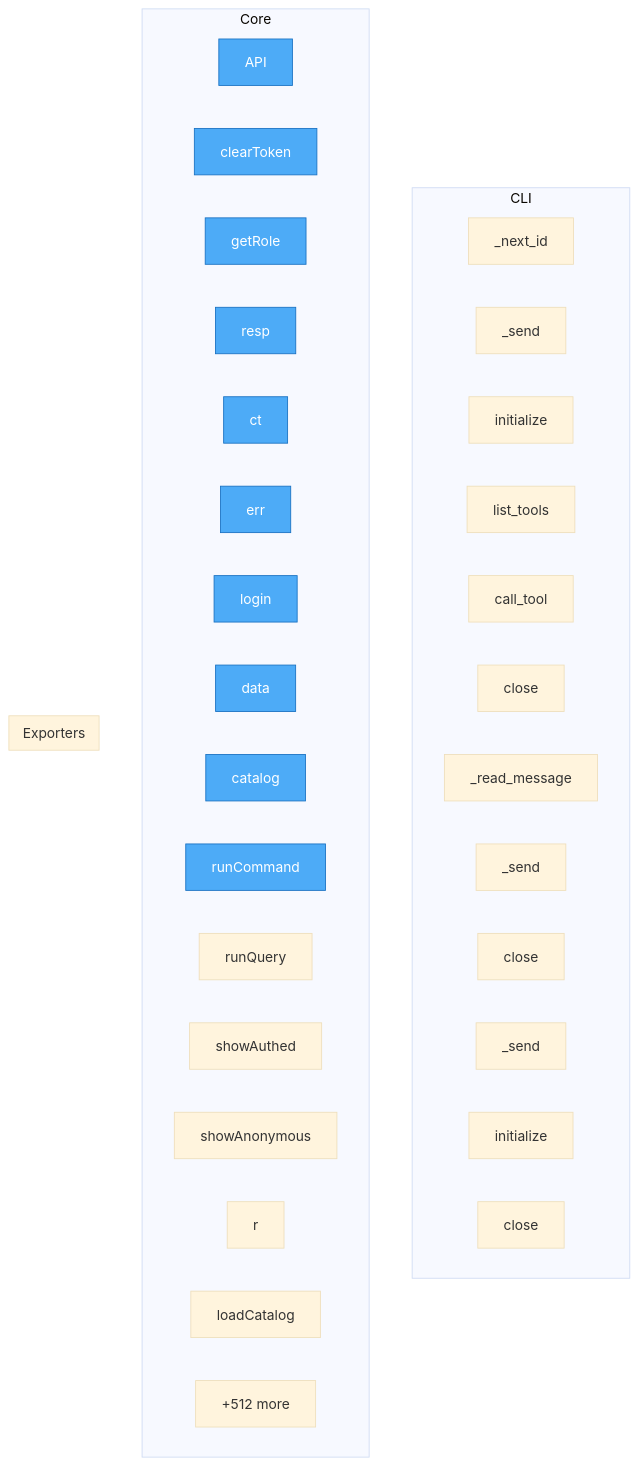
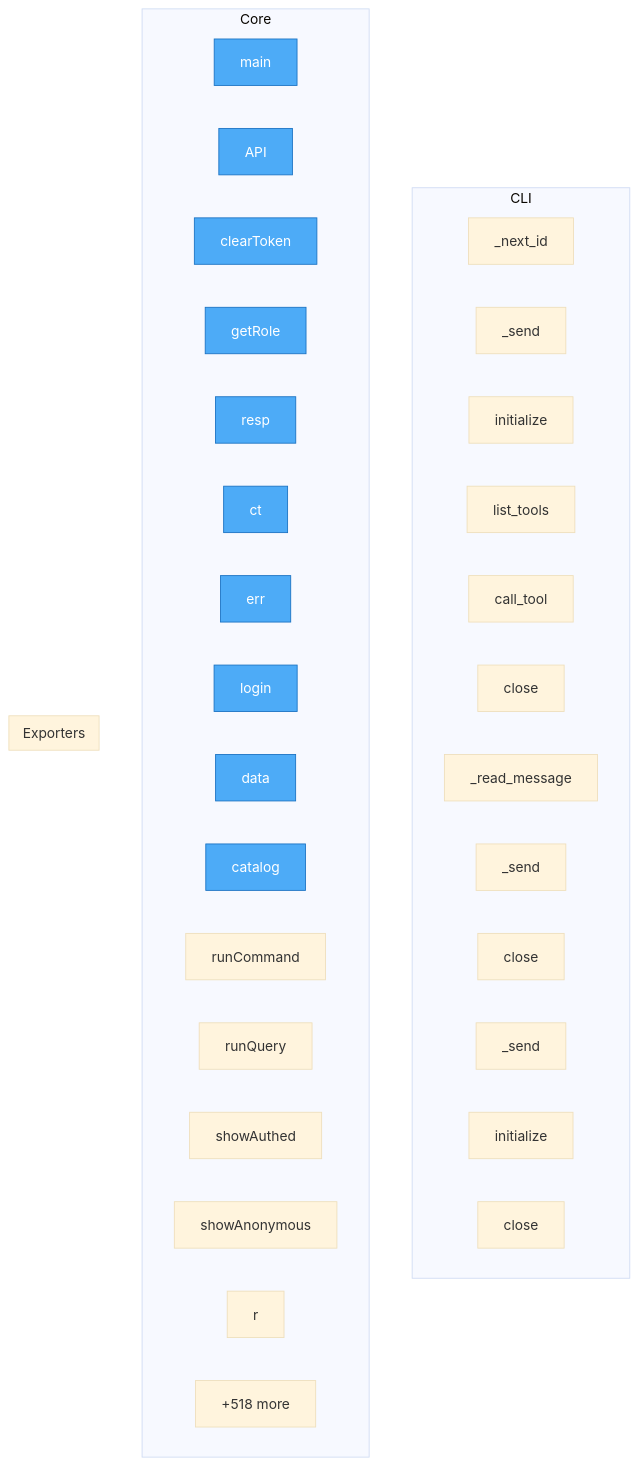
Before and after one commit to semcod/codot: the diagram in project/flow.mmd, drawn with Mermaid (base theme). The commit also changed 41 other files, not shown here.

```diff
--- a/project/flow.mmd
+++ b/project/flow.mmd
@@ -1,43 +1,43 @@
 flowchart TD
 
     %% Entry points (blue)
     classDef entry fill:#4dabf7,stroke:#1971c2,color:#fff
 
     subgraph CLI
         api__mcp_client__MCPClient___next_id["_next_id"]
         api__mcp_client__MCPClient___send["_send"]
         api__mcp_client__MCPClient__initialize["initialize"]
         api__mcp_client__MCPClient__list_tools["list_tools"]
         api__mcp_client__MCPClient__call_tool["call_tool"]
         api__mcp_client__MCPClient__close["close"]
         api__mcp_client__MCPStdioClient___read_message["_read_message"]
         api__mcp_client__MCPStdioClient___send["_send"]
         api__mcp_client__MCPStdioClient__close["close"]
         api__mcp_client__MCPSseClient___send["_send"]
         api__mcp_client__MCPSseClient__initialize["initialize"]
         api__mcp_client__MCPSseClient__close["close"]
     end
 
     subgraph Core
+        codot_run__main["main"]
         frontend__html__js__api__API["API"]
         frontend__html__js__api__clearToken["clearToken"]
         frontend__html__js__api__getRole["getRole"]
         frontend__html__js__api__resp["resp"]
         frontend__html__js__api__ct["ct"]
         frontend__html__js__api__err["err"]
         frontend__html__js__api__login["login"]
         frontend__html__js__api__data["data"]
         frontend__html__js__api__catalog["catalog"]
         frontend__html__js__api__runCommand["runCommand"]
         frontend__html__js__api__runQuery["runQuery"]
         frontend__html__js__app__showAuthed["showAuthed"]
         frontend__html__js__app__showAnonymous["showAnonymous"]
         frontend__html__js__app__r["r"]
-        frontend__html__js__app__loadCatalog["loadCatalog"]
-        ...["+512 more"]
+        ...["+518 more"]
     end
 
     subgraph Exporters
     end
 
-    class frontend__html__js__api__API,frontend__html__js__api__clearToken,frontend__html__js__api__getRole,frontend__html__js__api__resp,frontend__html__js__api__ct,frontend__html__js__api__err,frontend__html__js__api__login,frontend__html__js__api__data,frontend__html__js__api__catalog,frontend__html__js__api__runCommand entry
+    class codot_run__main,frontend__html__js__api__API,frontend__html__js__api__clearToken,frontend__html__js__api__getRole,frontend__html__js__api__resp,frontend__html__js__api__ct,frontend__html__js__api__err,frontend__html__js__api__login,frontend__html__js__api__data,frontend__html__js__api__catalog entry
```
